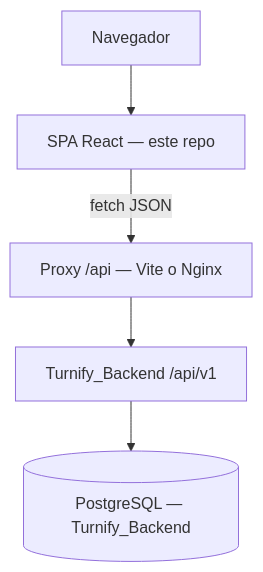
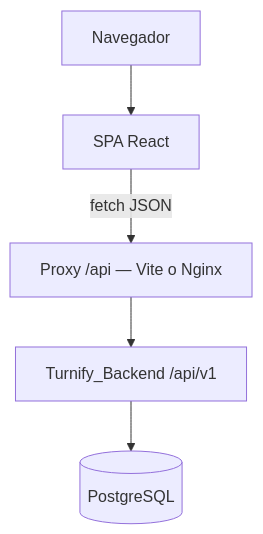
One commit to Edwardortiz117/Turnify_Frontend changed the second of 8 diagrams in docs/sustentacion-turnify.md. Above: the diagram before and after it, drawn with Mermaid. The commit also changed other lines of this file and 10 other files, not shown here.

````diff
--- a/docs/sustentacion-turnify.md
+++ b/docs/sustentacion-turnify.md
@@ -80,13 +137,13 @@
 ```mermaid
 flowchart TB
   Browser[Navegador]
-  SPA[SPA React — este repo]
+  SPA[SPA React]
   Proxy[Proxy /api — Vite o Nginx]
   API[Turnify_Backend /api/v1]
-  DB[(PostgreSQL — Turnify_Backend)]
+  DB[(PostgreSQL)]
 
   Browser --> SPA
   SPA -->|fetch JSON| Proxy
   Proxy --> API
   API --> DB
 ```
````
